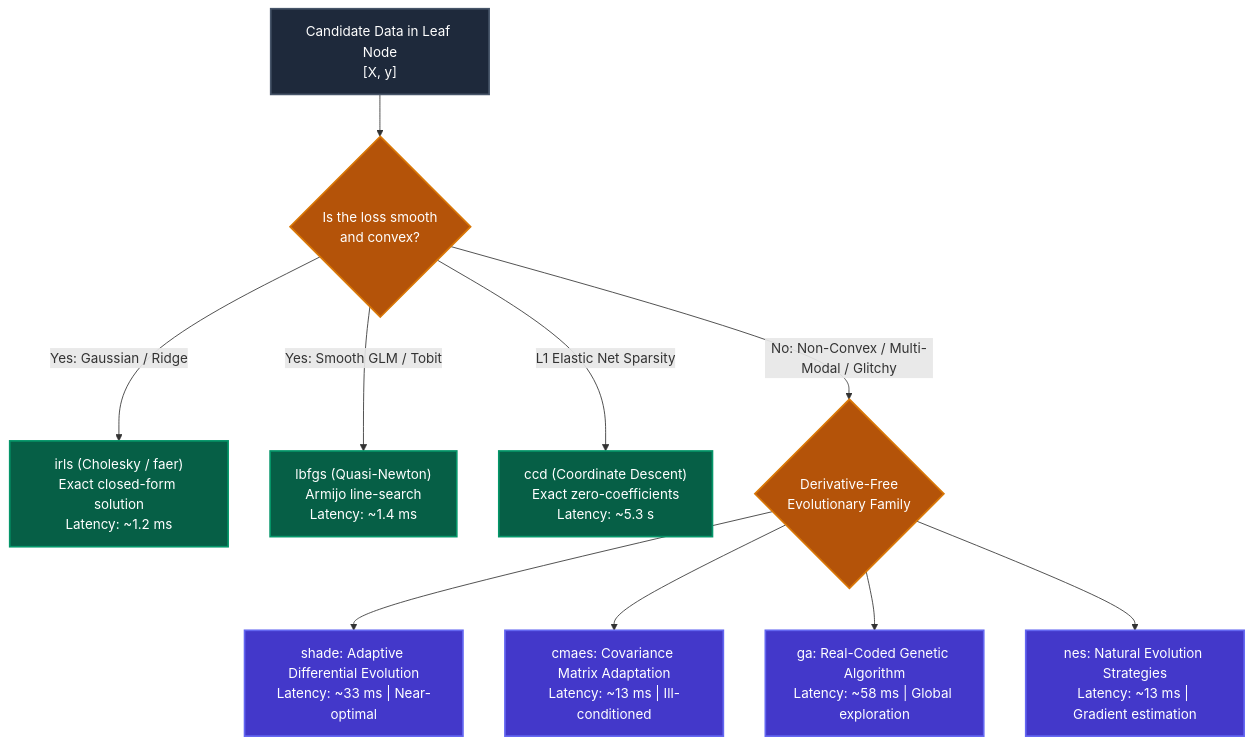
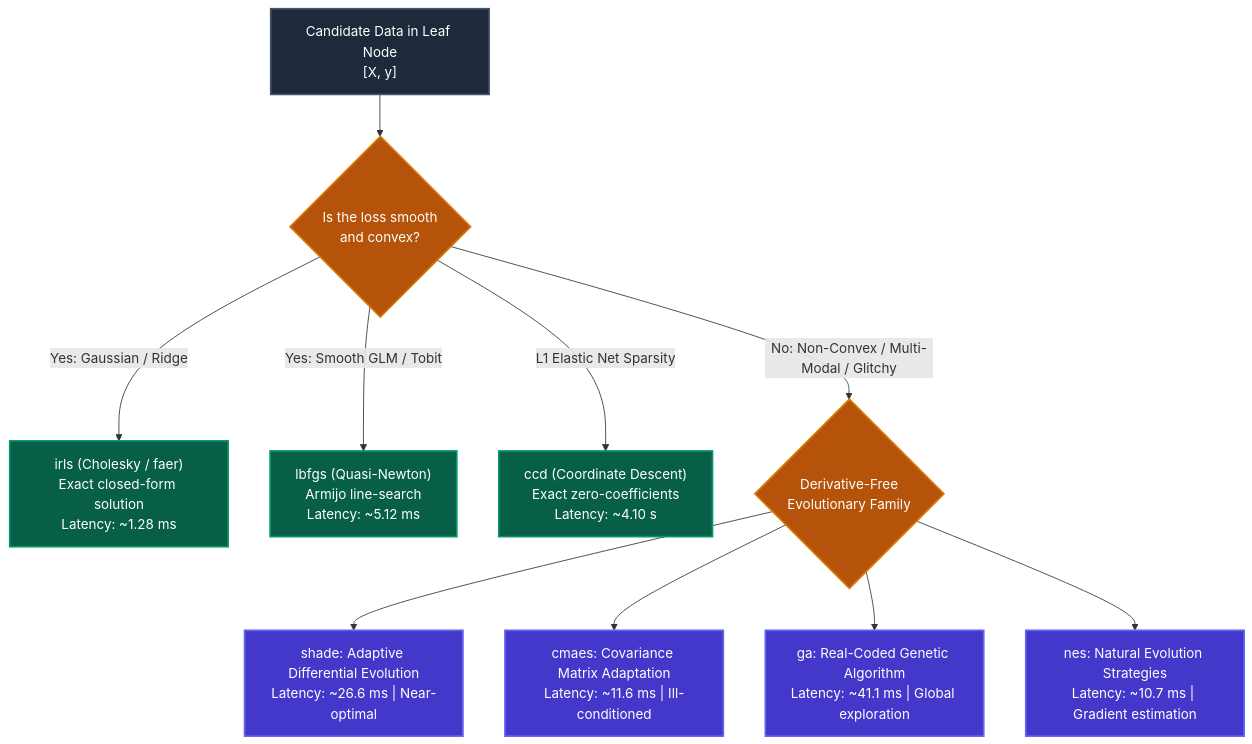
One commit to jkapila/mltreelib changed the diagram in docs/examples/solver-benchmarks.md. Above: the diagram before and after it, drawn with Mermaid. The commit also changed other lines of this file and 12 other files, not shown here.

````diff
--- a/docs/examples/solver-benchmarks.md
+++ b/docs/examples/solver-benchmarks.md
@@ -37,24 +37,24 @@
 ```mermaid
 flowchart TD
     Data["Candidate Data in Leaf Node\n[X, y]"] --> Fam{"Is the loss smooth\nand convex?"}
 
-    Fam -- "Yes: Gaussian / Ridge" --> S1["irls (Cholesky / faer)\nExact closed-form solution\nLatency: ~1.2 ms"]
-    Fam -- "Yes: Smooth GLM / Tobit" --> S2["lbfgs (Quasi-Newton)\nArmijo line-search\nLatency: ~1.4 ms"]
-    Fam -- "L1 Elastic Net Sparsity" --> S3["ccd (Coordinate Descent)\nExact zero-coefficients\nLatency: ~5.3 s"]
+    Fam -- "Yes: Gaussian / Ridge" --> S1["irls (Cholesky / faer)\nExact closed-form solution\nLatency: ~1.28 ms"]
+    Fam -- "Yes: Smooth GLM / Tobit" --> S2["lbfgs (Quasi-Newton)\nArmijo line-search\nLatency: ~5.12 ms"]
+    Fam -- "L1 Elastic Net Sparsity" --> S3["ccd (Coordinate Descent)\nExact zero-coefficients\nLatency: ~4.10 s"]
     Fam -- "No: Non-Convex / Multi-Modal / Glitchy" --> S4{"Derivative-Free\nEvolutionary Family"}
 
-    S4 --> E1["shade: Adaptive Differential Evolution\nLatency: ~33 ms | Near-optimal"]
-    S4 --> E2["cmaes: Covariance Matrix Adaptation\nLatency: ~13 ms | Ill-conditioned"]
-    S4 --> E3["ga: Real-Coded Genetic Algorithm\nLatency: ~58 ms | Global exploration"]
-    S4 --> E4["nes: Natural Evolution Strategies\nLatency: ~13 ms | Gradient estimation"]
+    S4 --> E1["shade: Adaptive Differential Evolution\nLatency: ~26.6 ms | Near-optimal"]
+    S4 --> E2["cmaes: Covariance Matrix Adaptation\nLatency: ~11.6 ms | Ill-conditioned"]
+    S4 --> E3["ga: Real-Coded Genetic Algorithm\nLatency: ~41.1 ms | Global exploration"]
+    S4 --> E4["nes: Natural Evolution Strategies\nLatency: ~10.7 ms | Gradient estimation"]
 
     classDef dataBox fill:#1e293b,stroke:#475569,stroke-width:2px,color:#ffffff;
     classDef gateBox fill:#b45309,stroke:#d97706,stroke-width:2px,color:#ffffff;
     classDef gradBox fill:#065f46,stroke:#059669,stroke-width:2px,color:#ffffff;
     classDef evoBox fill:#4338ca,stroke:#6366f1,stroke-width:2px,color:#ffffff;
 
     class Data dataBox;
     class Fam,S4 gateBox;
     class S1,S2,S3 gradBox;
     class E1,E2,E3,E4 evoBox;
 ```
````
